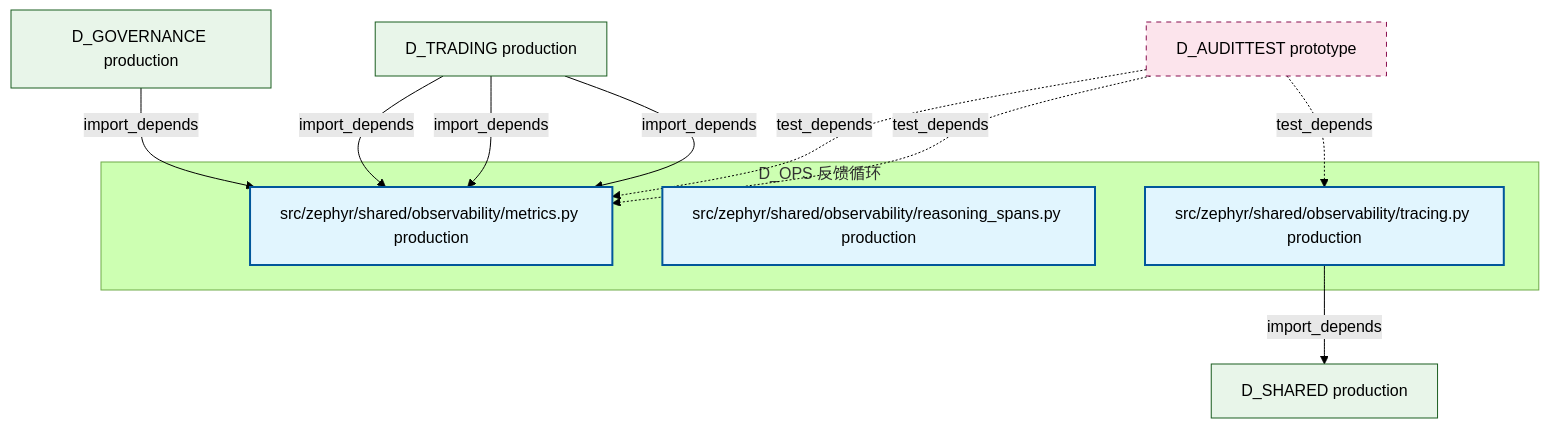
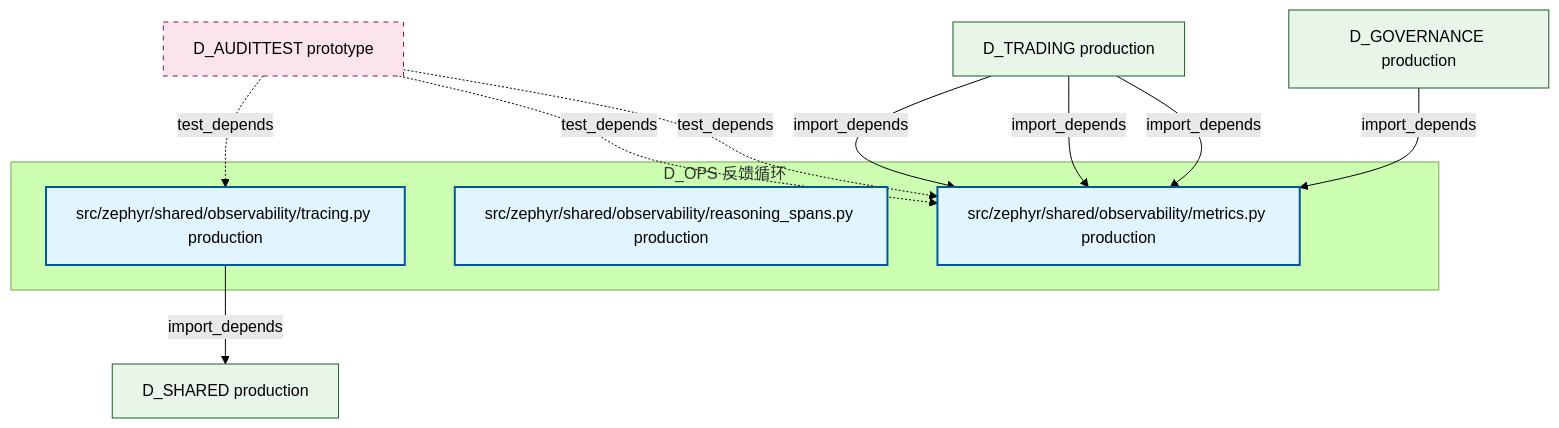
Before and after one commit to xuanFelixVan/ZephyrAlpha: the diagram in docs/02_enterprise_architecture/02_domain_architecture_docs/16_d_ops.md, drawn with Mermaid (forest theme). The commit also changed other lines of this file and 105 other files, not shown here.

````diff
--- a/docs/02_enterprise_architecture/02_domain_architecture_docs/16_d_ops.md
+++ b/docs/02_enterprise_architecture/02_domain_architecture_docs/16_d_ops.md
@@ -47,27 +47,27 @@
 ```mermaid
 graph TD
     subgraph D_OPS["D_OPS 反馈循环"]
         src_zephyr_shared_observability_metrics_py["src/zephyr/shared/observability/metrics.py production"]
         src_zephyr_shared_observability_reasoning_spans_py["src/zephyr/shared/observability/reasoning_spans.py production"]
         src_zephyr_shared_observability_tracing_py["src/zephyr/shared/observability/tracing.py production"]
     end
     D_SHARED["D_SHARED production"]
     src_zephyr_shared_observability_tracing_py -->|import_depends| D_SHARED
     D_AUDITTEST["D_AUDITTEST prototype"]
     D_AUDITTEST -.->|test_depends| src_zephyr_shared_observability_tracing_py
-    D_GOVERNANCE["D_GOVERNANCE production"]
-    D_GOVERNANCE -->|import_depends| src_zephyr_shared_observability_metrics_py
+    D_AUDITTEST -.->|test_depends| src_zephyr_shared_observability_metrics_py
+    D_AUDITTEST -.->|test_depends| src_zephyr_shared_observability_metrics_py
     D_TRADING["D_TRADING production"]
     D_TRADING -->|import_depends| src_zephyr_shared_observability_metrics_py
     D_TRADING -->|import_depends| src_zephyr_shared_observability_metrics_py
     D_TRADING -->|import_depends| src_zephyr_shared_observability_metrics_py
-    D_AUDITTEST -.->|test_depends| src_zephyr_shared_observability_metrics_py
-    D_AUDITTEST -.->|test_depends| src_zephyr_shared_observability_metrics_py
+    D_GOVERNANCE["D_GOVERNANCE production"]
+    D_GOVERNANCE -->|import_depends| src_zephyr_shared_observability_metrics_py
     classDef production fill:#e1f5fe,stroke:#01579b,stroke-width:2px,color:#000
     classDef design fill:#fff3e0,stroke:#e65100,stroke-width:2px,color:#000,stroke-dasharray: 5 5
     classDef external_prod fill:#e8f5e9,stroke:#1b5e20,stroke-width:1px,color:#000
     classDef external_design fill:#fce4ec,stroke:#880e4f,stroke-width:1px,color:#000,stroke-dasharray: 5 5
     class src_zephyr_shared_observability_metrics_py,src_zephyr_shared_observability_reasoning_spans_py,src_zephyr_shared_observability_tracing_py production
-    class D_SHARED,D_GOVERNANCE,D_TRADING external_prod
+    class D_SHARED,D_TRADING,D_GOVERNANCE external_prod
     class D_AUDITTEST external_design
 ```
````
